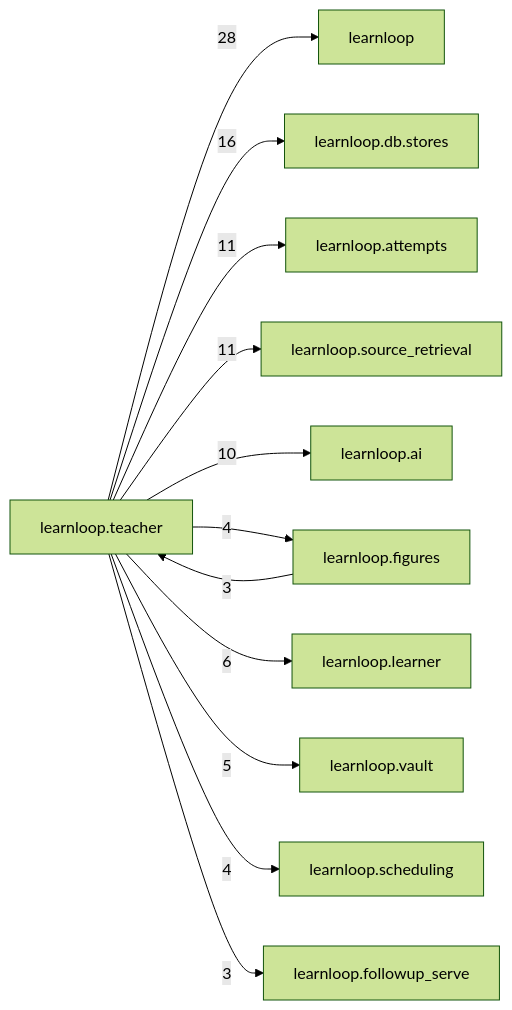
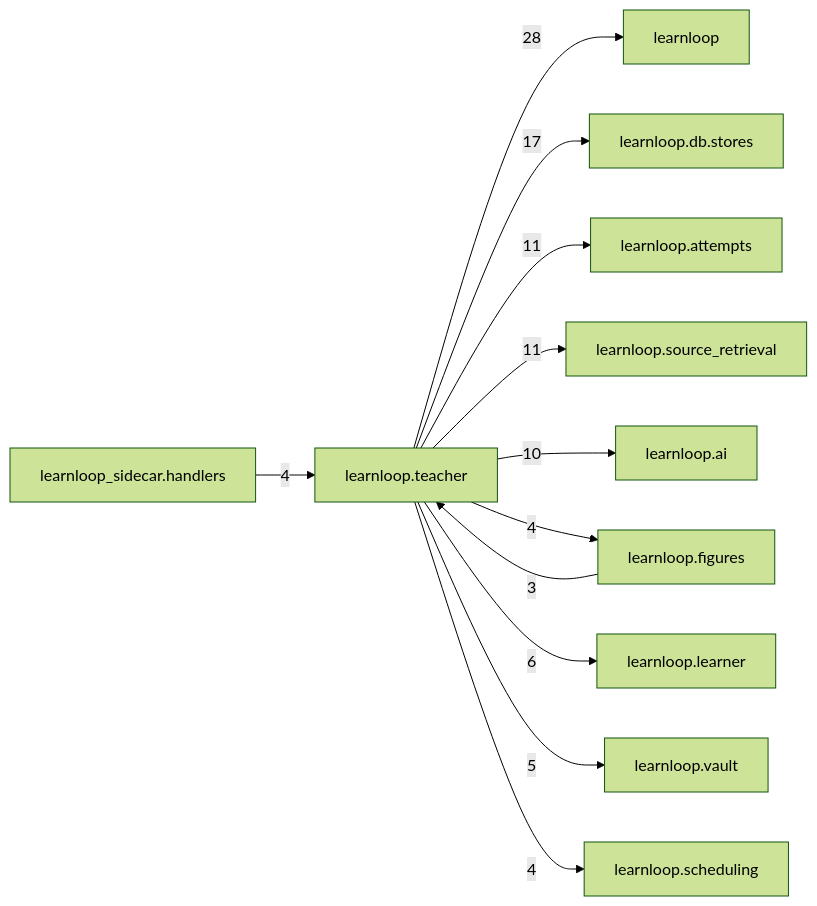
The diagram in docs/learnloop-architecture-vault/Reference/Modules/learnloop/teacher/_package.md (6up-b/learnanything), drawn with Mermaid (forest theme) before and after one commit. The commit also changed other lines of this file and 201 other files, not shown here.

````diff
--- a/docs/learnloop-architecture-vault/Reference/Modules/learnloop/teacher/_package.md
+++ b/docs/learnloop-architecture-vault/Reference/Modules/learnloop/teacher/_package.md
@@ -122,25 +124,25 @@
 ```mermaid
 flowchart LR
     center["learnloop.teacher"]
     n_learnloop["learnloop"]
     n_learnloop_db_stores["learnloop.db.stores"]
     n_learnloop_attempts["learnloop.attempts"]
     n_learnloop_source_retrieval["learnloop.source_retrieval"]
     n_learnloop_ai["learnloop.ai"]
     n_learnloop_figures["learnloop.figures"]
     n_learnloop_learner["learnloop.learner"]
     n_learnloop_vault["learnloop.vault"]
     n_learnloop_scheduling["learnloop.scheduling"]
-    n_learnloop_followup_serve["learnloop.followup_serve"]
+    n_learnloop_sidecar_handlers["learnloop_sidecar.handlers"]
     center -->|28| n_learnloop
-    center -->|16| n_learnloop_db_stores
+    center -->|17| n_learnloop_db_stores
     center -->|11| n_learnloop_attempts
     center -->|11| n_learnloop_source_retrieval
     center -->|10| n_learnloop_ai
     n_learnloop_figures -->|3| center
     center -->|4| n_learnloop_figures
     center -->|6| n_learnloop_learner
     center -->|5| n_learnloop_vault
     center -->|4| n_learnloop_scheduling
-    center -->|3| n_learnloop_followup_serve
+    n_learnloop_sidecar_handlers -->|4| center
 ```
````
